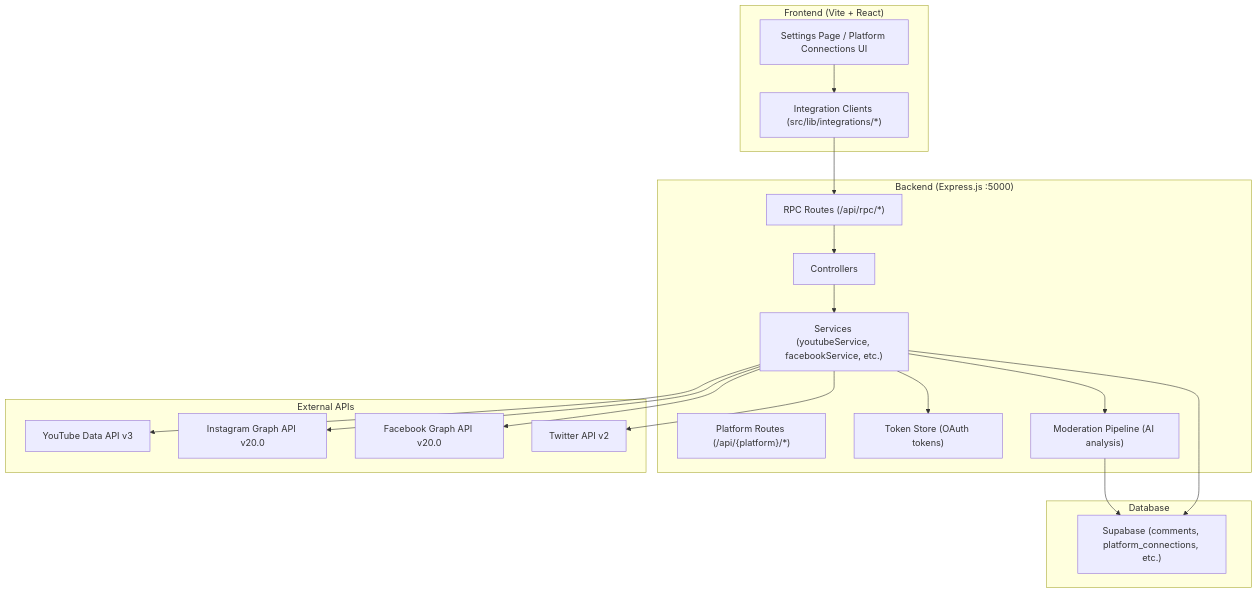
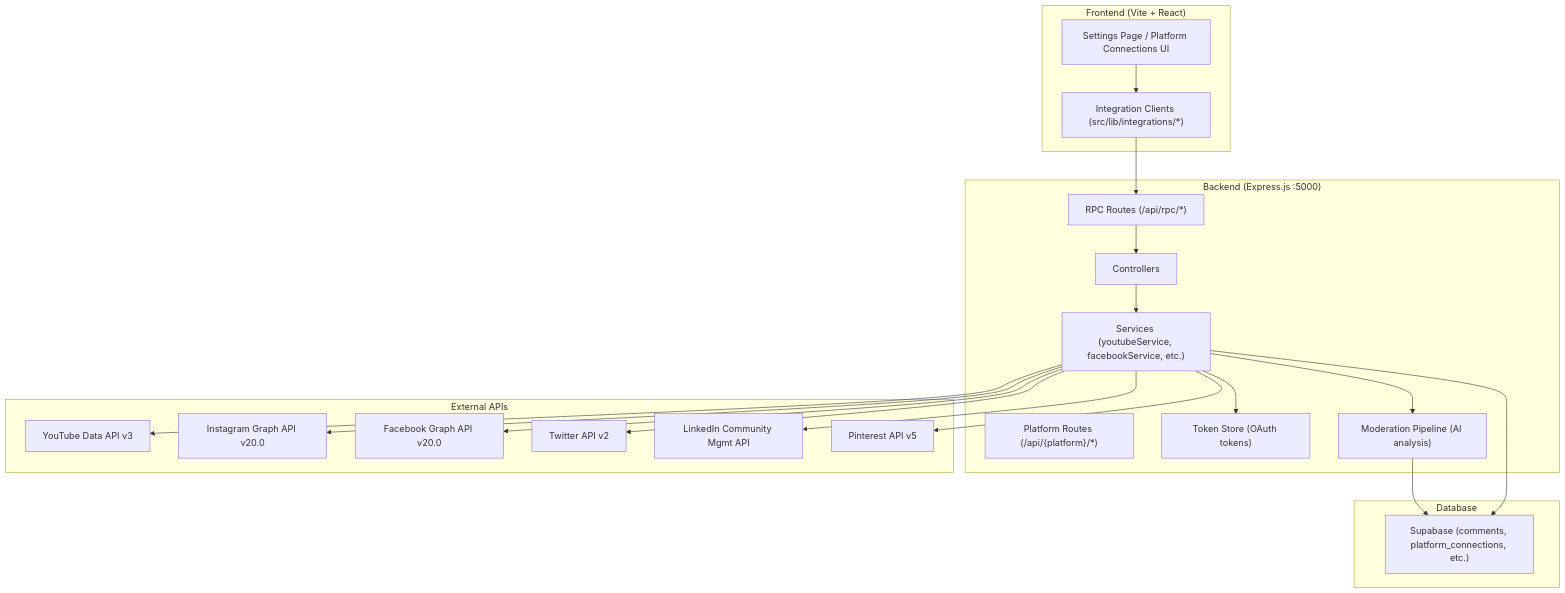
One commit to sasvanthu/Comment-Guardian changed the first of 2 diagrams in API_INTEGRATION_GUIDE.md. Above: the diagram before and after it, drawn with Mermaid. The commit also changed other lines of this file and 16 other files, not shown here.

Commit message:
Add LinkedIn and Pinterest integrations, update PRD and sync to README

````diff
--- a/API_INTEGRATION_GUIDE.md
+++ b/API_INTEGRATION_GUIDE.md
@@ -24,33 +26,35 @@
 ```mermaid
 graph TB
     subgraph Frontend["Frontend (Vite + React)"]
         UI["Settings Page / Platform Connections UI"]
         IC["Integration Clients (src/lib/integrations/*)"]
     end
 
     subgraph Backend["Backend (Express.js :5000)"]
         RPC["RPC Routes (/api/rpc/*)"]
         PR["Platform Routes (/api/{platform}/*)"]
         CTRL["Controllers"]
         SVC["Services (youtubeService, facebookService, etc.)"]
         TS["Token Store (OAuth tokens)"]
         MOD["Moderation Pipeline (AI analysis)"]
     end
 
     subgraph External["External APIs"]
         YT["YouTube Data API v3"]
         IG["Instagram Graph API v20.0"]
         FB["Facebook Graph API v20.0"]
         TW["Twitter API v2"]
+        LI["LinkedIn Community Mgmt API"]
+        PI["Pinterest API v5"]
     end
 
     subgraph DB["Database"]
         SB["Supabase (comments, platform_connections, etc.)"]
     end
 
     UI --> IC --> RPC --> CTRL --> SVC
-    SVC --> YT & IG & FB & TW
+    SVC --> YT & IG & FB & TW & LI & PI
     SVC --> MOD --> SB
     SVC --> TS
     SVC --> SB
 ```
````
